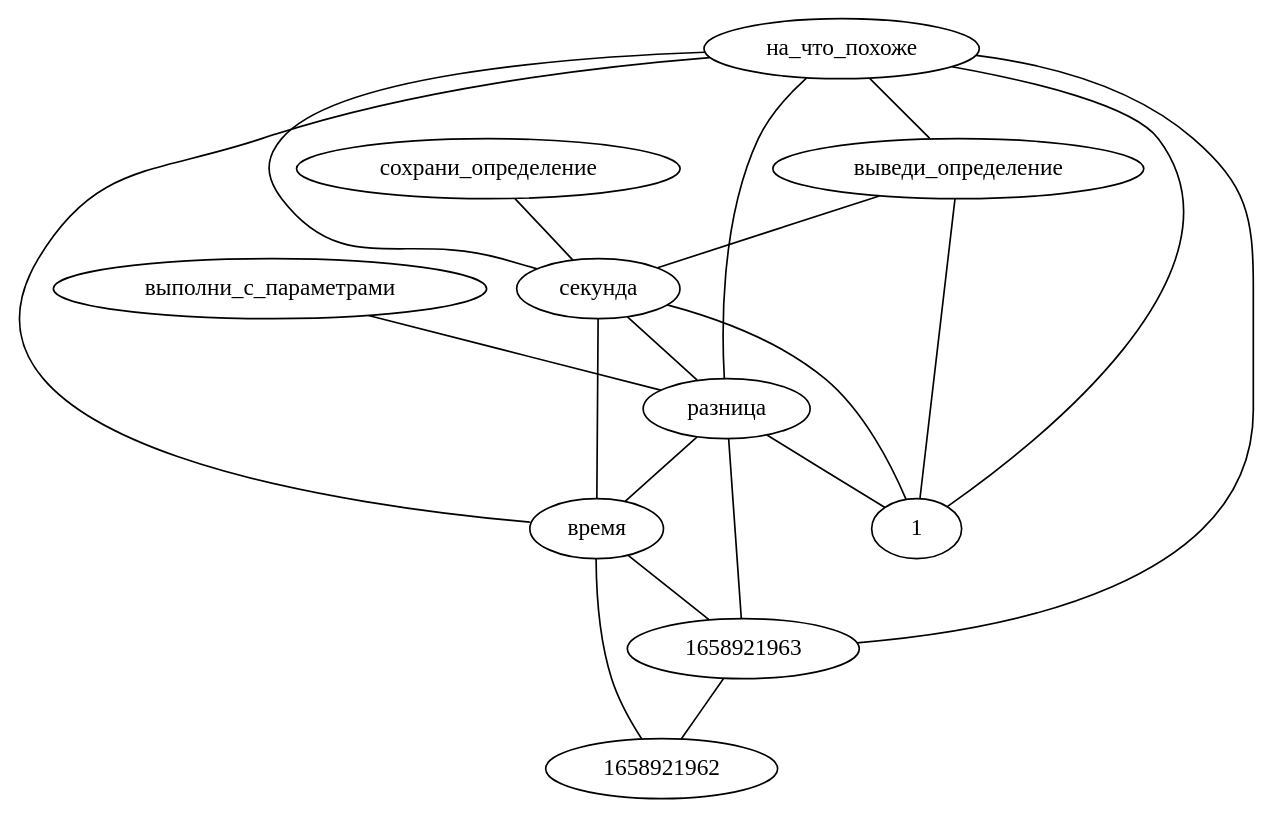
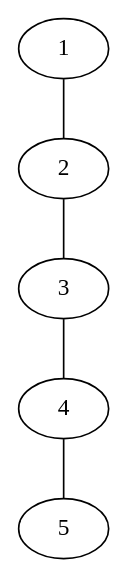
Before and after one commit to LeonovEvgenii/AGI: the diagram in graphs/local_graph.dot, drawn with Graphviz. The commit also changed 13 other files, not shown here.

```diff
--- a/graphs/local_graph.dot
+++ b/graphs/local_graph.dot
@@ -1,21 +1,6 @@
 strict graph G {
-"время" -- "1658921962"
-"время" -- "1658921963"
-"выполни_с_параметрами" -- "разница"
-"разница" -- "1658921963"
-"1658921963" -- "1658921962"
-"разница" -- "1"
-"сохрани_определение" -- "секунда"
-"секунда" -- "1"
-"разница" -- "время"
-"секунда" -- "разница"
-"секунда" -- "время"
-"выведи_определение" -- "секунда"
-"выведи_определение" -- "1"
-"на_что_похоже" -- "1"
-"на_что_похоже" -- "секунда"
-"на_что_похоже" -- "выведи_определение"
-"на_что_похоже" -- "разница"
-"на_что_похоже" -- "1658921963"
-"на_что_похоже" -- "время"
+"1" -- "2"
+"2" -- "3"
+"3" -- "4"
+"4" -- "5"
 }
```
